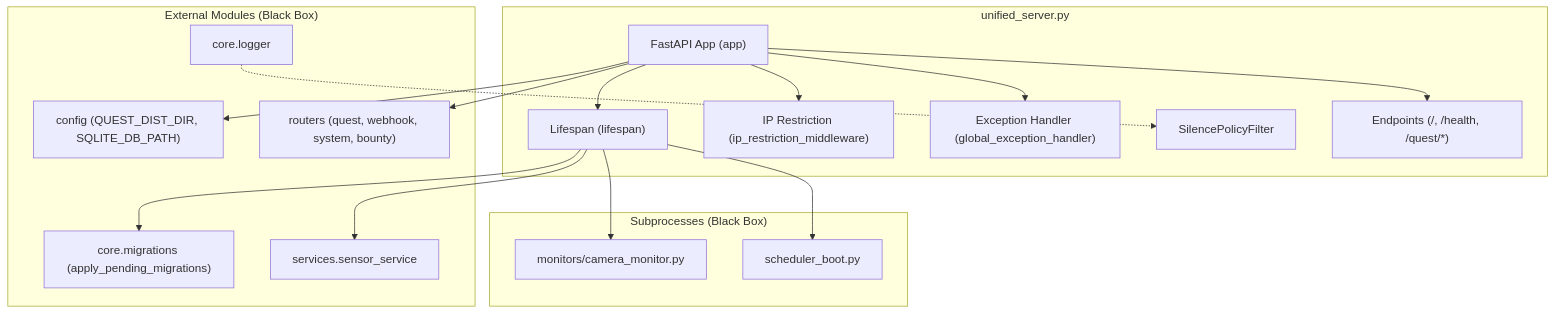
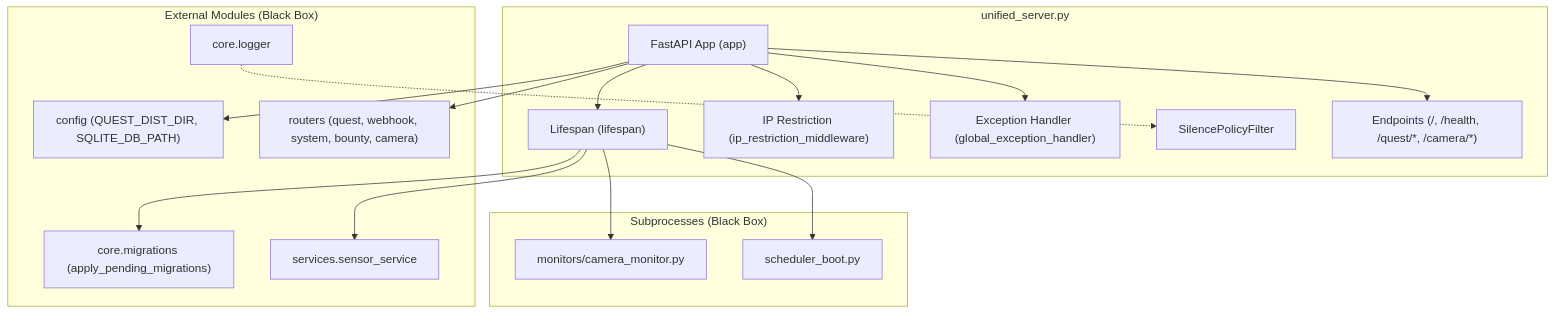
The second of 2 diagrams in docs/specifications/MY_HOME_SYSTEM/unified_server.md (mmtigers/my_python_project), drawn with Mermaid before and after one commit. The commit also changed other lines of this file, not shown here.

````diff
--- a/docs/specifications/MY_HOME_SYSTEM/unified_server.md
+++ b/docs/specifications/MY_HOME_SYSTEM/unified_server.md
@@ -280,40 +280,40 @@
 ```mermaid
 graph TD
     subgraph "unified_server.py"
         App["FastAPI App (app)"]
         Lifespan["Lifespan (lifespan)"]
         Middleware["IP Restriction (ip_restriction_middleware)"]
         ExceptionH["Exception Handler (global_exception_handler)"]
         LogFilter["SilencePolicyFilter"]
-        Endpoints["Endpoints (/, /health, /quest/*)"]
+        Endpoints["Endpoints (/, /health, /quest/*, /camera/*)"]
     end
 
     App --> Lifespan
     App --> Middleware
     App --> ExceptionH
     App --> Endpoints
 
     subgraph "External Modules (Black Box)"
         Config["config (QUEST_DIST_DIR, SQLITE_DB_PATH)"]
         Logger["core.logger"]
         Migrations["core.migrations (apply_pending_migrations)"]
         Sensors["services.sensor_service"]
-        Routers["routers (quest, webhook, system, bounty)"]
+        Routers["routers (quest, webhook, system, bounty, camera)"]
     end
 
     subgraph "Subprocesses (Black Box)"
         Camera["monitors/camera_monitor.py"]
         Scheduler["scheduler_boot.py"]
     end
 
     App --> Config
     Lifespan --> Sensors
     Lifespan --> Migrations
     App --> Routers
     
     Lifespan --> Camera
     Lifespan --> Scheduler
     
     Logger -.-> LogFilter
 
 ```
````
